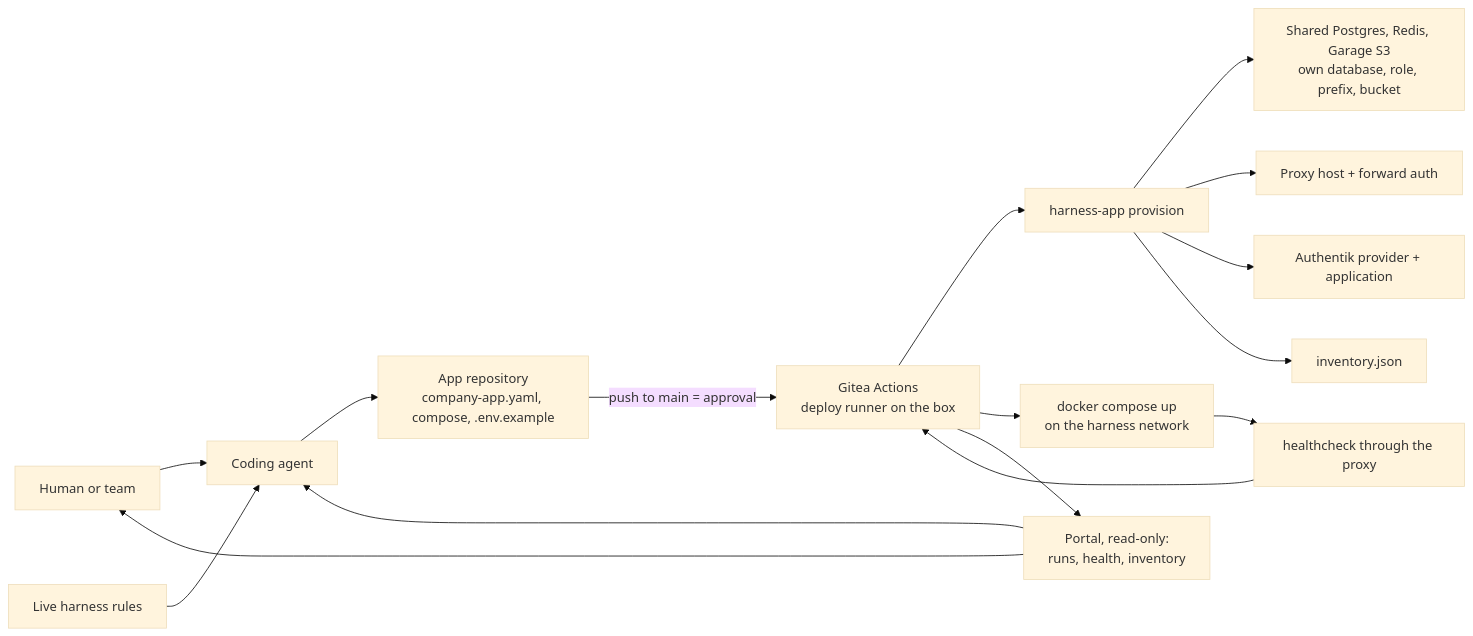
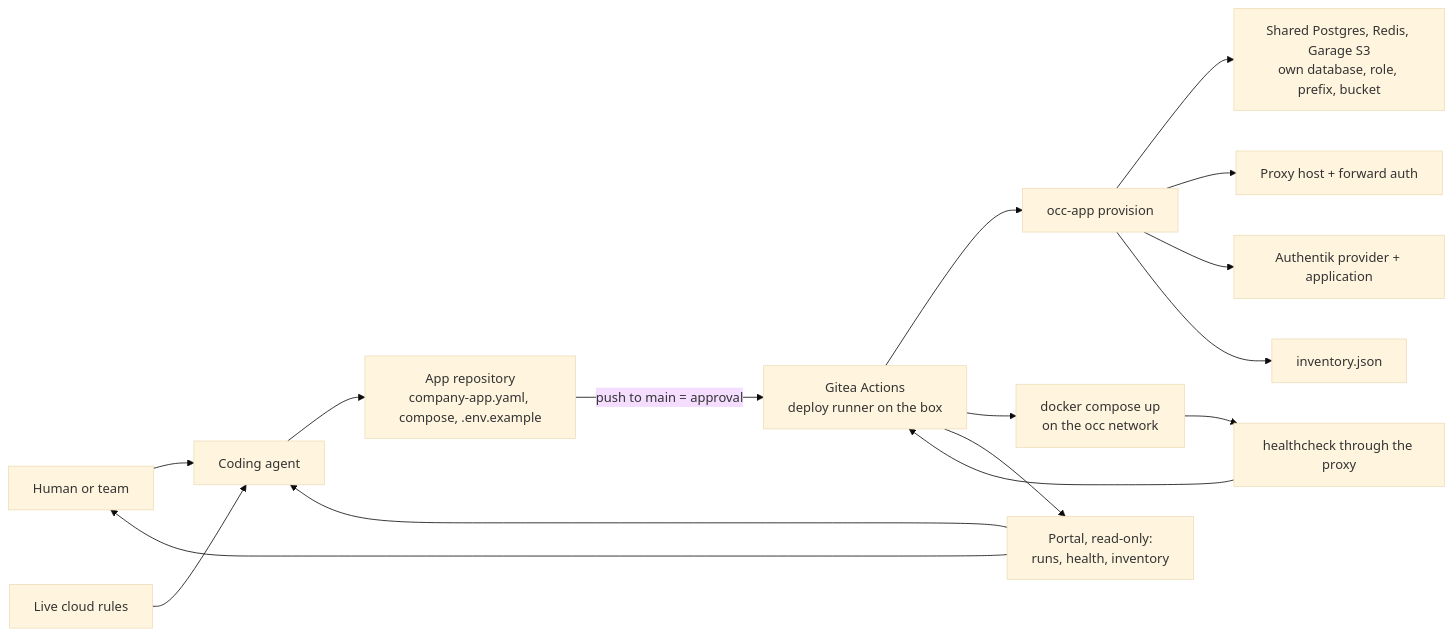
The second of 2 diagrams in README.md (Estoca/inhousecloud), drawn with Mermaid (base theme) before and after one commit. The commit also changed other lines of this file and 63 other files, not shown here.

First line of the commit message:
Rename to Open Company Cloud: occ-app/occ-backup/occ-operator, OCC_* variables, occ project and networks, cloud.localhost

````diff
--- a/README.md
+++ b/README.md
@@ -159,20 +150,20 @@
 ```mermaid
 flowchart LR
   Human[Human or team] --> Agent[Coding agent]
   Agent --> AppRepo[App repository<br/>company-app.yaml, compose, .env.example]
-  Rules[Live harness rules] --> Agent
+  Rules[Live cloud rules] --> Agent
 
   AppRepo -->|push to main = approval| Actions[Gitea Actions<br/>deploy runner on the box]
-  Actions --> Provision[harness-app provision]
+  Actions --> Provision[occ-app provision]
   Provision --> Services[Shared Postgres, Redis, Garage S3<br/>own database, role, prefix, bucket]
   Provision --> Proxy[Proxy host + forward auth]
   Provision --> Auth[Authentik provider + application]
   Provision --> Inventory[inventory.json]
-  Actions --> Docker[docker compose up<br/>on the harness network]
+  Actions --> Docker[docker compose up<br/>on the occ network]
   Docker --> Health[healthcheck through the proxy]
   Health --> Actions
 
   Actions --> Portal[Portal, read-only:<br/>runs, health, inventory]
   Portal --> Human
   Portal --> Agent
 ```
````
